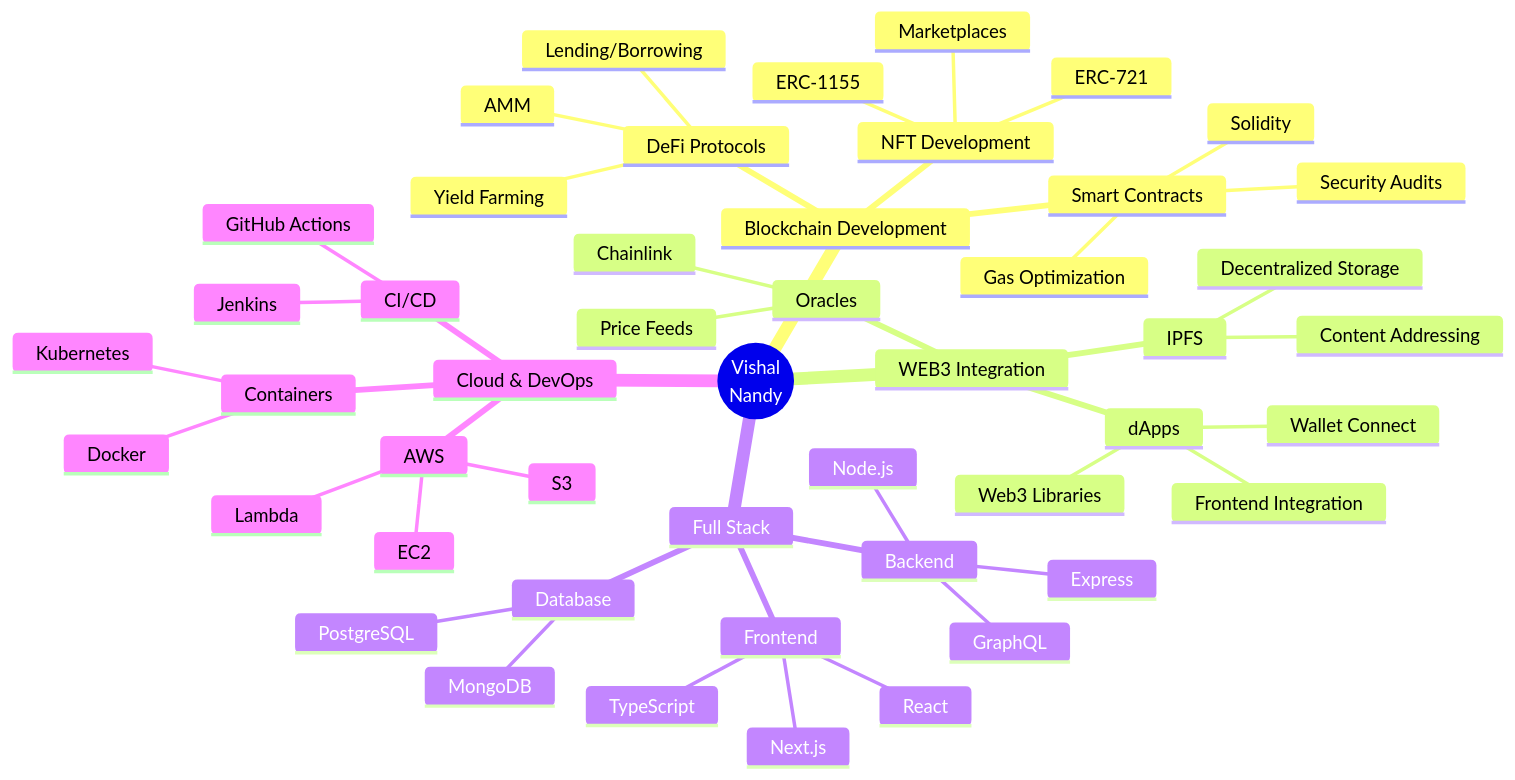
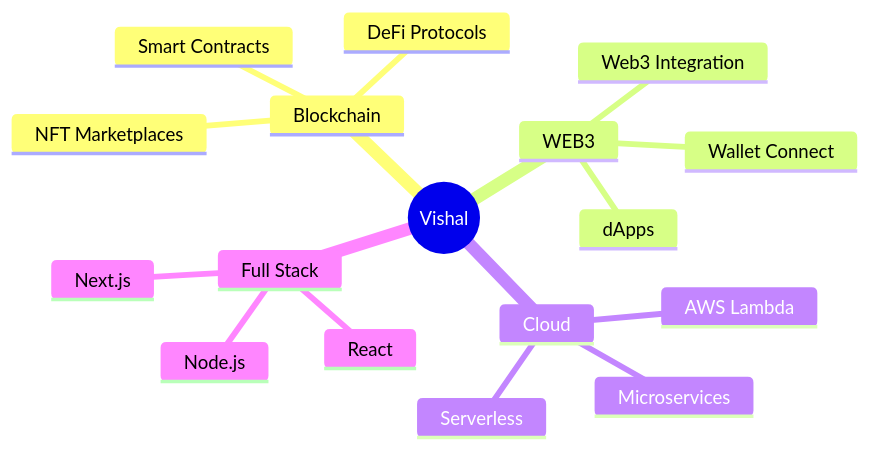
The diagram in README.md (VishalNandy17/VishalNandy17), drawn with Mermaid before and after one commit. The commit also changed other lines of this file, not shown here.

First line of the commit message:
Revise README for improved presentation and content

````diff
--- a/README.md
+++ b/README.md
@@ -288,51 +130,20 @@
 ```mermaid
 mindmap
-  root((Vishal<br/>Nandy))
-    Blockchain Development
+  root((Vishal))
+    Blockchain
       Smart Contracts
-        Solidity
-        Security Audits
-        Gas Optimization
       DeFi Protocols
-        AMM
-        Lending/Borrowing
-        Yield Farming
-      NFT Development
-        ERC-721
-        ERC-1155
-        Marketplaces
-    WEB3 Integration
+      NFT Marketplaces
+    WEB3
       dApps
-        Frontend Integration
-        Wallet Connect
-        Web3 Libraries
-      IPFS
-        Decentralized Storage
-        Content Addressing
-      Oracles
-        Chainlink
-        Price Feeds
+      Web3 Integration
+      Wallet Connect
+    Cloud
+      AWS Lambda
+      Serverless
+      Microservices
     Full Stack
-      Frontend
-        React
-        Next.js
-        TypeScript
-      Backend
-        Node.js
-        Express
-        GraphQL
-      Database
-        MongoDB
-        PostgreSQL
-    Cloud & DevOps
-      AWS
-        Lambda
-        EC2
-        S3
-      Containers
-        Docker
-        Kubernetes
-      CI/CD
-        GitHub Actions
-        Jenkins
+      Next.js
+      React
+      Node.js
 ```
````
